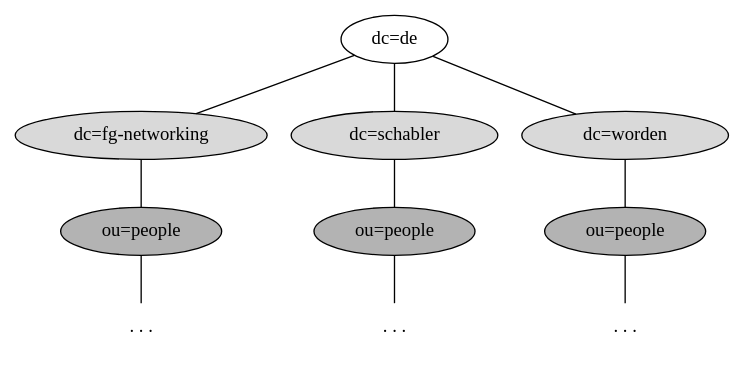
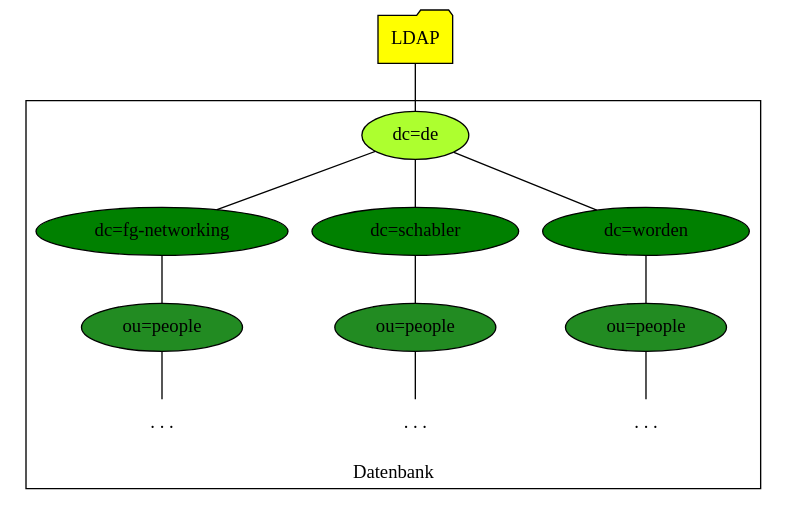
Before and after one commit to Gabelvampir/ty-stuff: the diagram in Presentation LDAP-RADIUS/Bilder/LDAP-fgn.dot, drawn with Graphviz. The commit also changed 2 other files, not shown here.

Commit message:
made old LDAP tree graphviz graph more colourful

```diff
--- a/Presentation LDAP-RADIUS/Bilder/LDAP-fgn.dot
+++ b/Presentation LDAP-RADIUS/Bilder/LDAP-fgn.dot
@@ -1,16 +1,22 @@
 graph G {
-  de [label="dc=de"];
-  fgn [label="dc=fg-networking", style="filled", fillcolor="grey85", width=2.15];
-  schabler [label="dc=schabler", style="filled", fillcolor="grey85", width=2.15];
-  worden [label="dc=worden", style="filled", fillcolor="grey85", width=2.15];
-  people1 [label="ou=people", style="filled", fillcolor="grey70"];
-  people2 [label="ou=people", style="filled", fillcolor="grey70"];
-  people3 [label="ou=people", style="filled", fillcolor="grey70"];
-  fgnpe [label=". . .", shape="plaintext"];
-  schabpe [label=". . .", shape="plaintext"];
-  wordpe [label=". . .", shape="plaintext"];
+  root [label="LDAP", shape="folder", style="filled", fillcolor="yellow"];
+  subgraph cluster_db{
+    de [label="dc=de", style="filled", fillcolor="greenyellow"];
+    fgn [label="dc=fg-networking", style="filled", fillcolor="green", width=2.15];
+    people1 [label="ou=people", style="filled", fillcolor="forestgreen"];
+    fgnpe [label=". . .", shape="plaintext"];
+    schabler [label="dc=schabler", style="filled", fillcolor="green", width=2.15];
+    people2 [label="ou=people", style="filled", fillcolor="forestgreen"];
+    schabpe [label=". . .", shape="plaintext"];
+    worden [label="dc=worden", style="filled", fillcolor="green", width=2.15];
+    people3 [label="ou=people", style="filled", fillcolor="forestgreen"];
+    wordpe [label=". . .", shape="plaintext"];
+    label="Datenbank";
+    labelloc=b
+  }
+  root -- de;
   de -- {fgn schabler worden};
   fgn -- people1 -- fgnpe;
   schabler -- people2 -- schabpe;
   worden -- people3 -- wordpe;
   }
```
